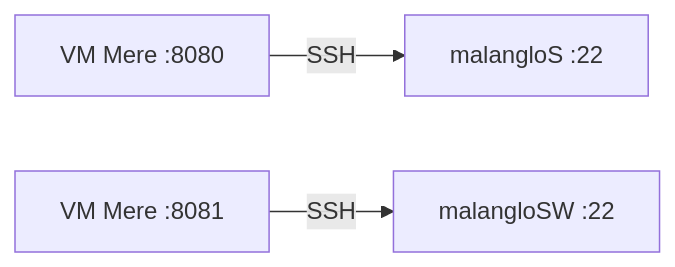
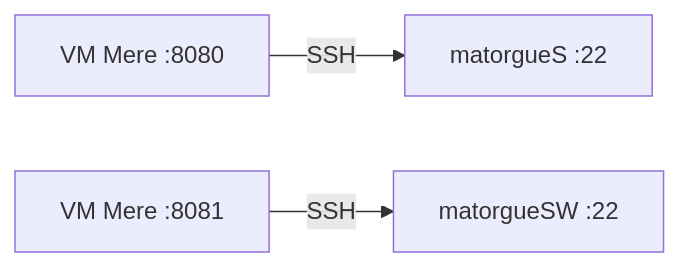
The third of 3 diagrams in p1/README.md (mlanglois26/42_inception_of_things), drawn with Mermaid before and after one commit. The commit also changed other lines of this file and 1 other file, not shown here.

````diff
--- a/p1/README.md
+++ b/p1/README.md
@@ -194,5 +224,5 @@
 ```mermaid
 graph LR
-    port8080["VM Mere :8080"] -->|SSH| serverSSH["malangloS :22"]
-    port8081["VM Mere :8081"] -->|SSH| agentSSH["malangloSW :22"]
+    port8080["VM Mere :8080"] -->|SSH| serverSSH["matorgueS :22"]
+    port8081["VM Mere :8081"] -->|SSH| agentSSH["matorgueSW :22"]
 ```
````
